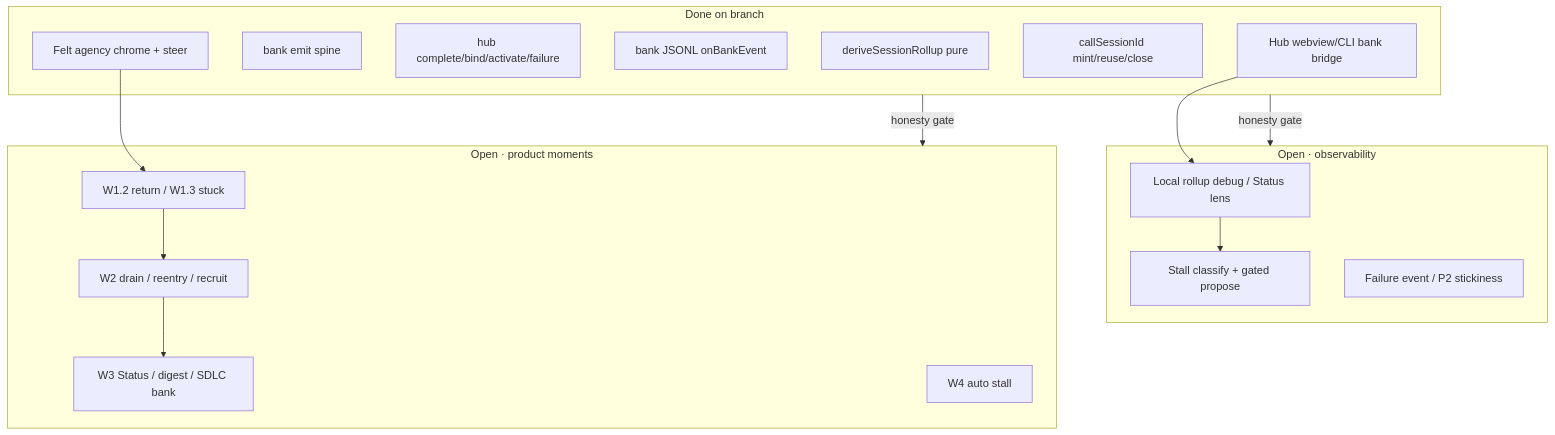
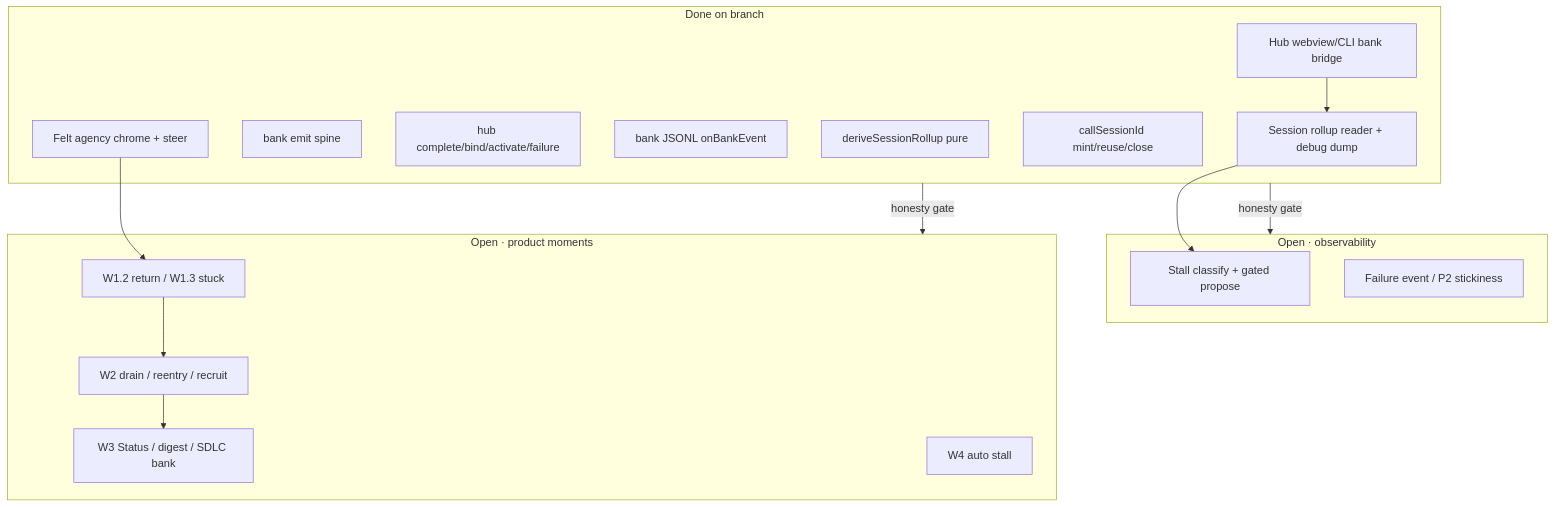
The diagram in docs/drivecode/plans/cline-drivemode/delivery/REMAINING-task-satisfaction.md (drive-mode/cline-drivecode), drawn with Mermaid before and after one commit. The commit also changed other lines of this file and 17 other files, not shown here.

Commit message:
feat(drive): local session rollup reader and debug surface

````diff
--- a/docs/drivecode/plans/cline-drivemode/delivery/REMAINING-task-satisfaction.md
+++ b/docs/drivecode/plans/cline-drivemode/delivery/REMAINING-task-satisfaction.md
@@ -30,30 +30,30 @@
 ```mermaid
 flowchart TD
   subgraph Done["Done on branch"]
     CS["callSessionId mint/reuse/close"]
     Emit["bank emit spine"]
     HubOps["hub complete/bind/activate/failure"]
     Log["bank JSONL onBankEvent"]
     Rollup["deriveSessionRollup pure"]
     Bridge["Hub webview/CLI bank bridge"]
     Felt["Felt agency chrome + steer"]
+    Reader["Session rollup reader + debug dump"]
   end
   subgraph OpenObs["Open · observability"]
-    UI2["Local rollup debug / Status lens"]
     S3["Stall classify + gated propose"]
     P2ev["Failure event / P2 stickiness"]
   end
   subgraph OpenMoments["Open · product moments"]
     W1["W1.2 return / W1.3 stuck"]
     W2["W2 drain / reentry / recruit"]
     W3["W3 Status / digest / SDLC bank"]
     W4["W4 auto stall"]
   end
   Done -->|"honesty gate"| OpenObs
   Done -->|"honesty gate"| OpenMoments
-  Bridge --> UI2
-  UI2 --> S3
+  Bridge --> Reader
+  Reader --> S3
   Felt --> W1
   W1 --> W2
   W2 --> W3
 ```
````
